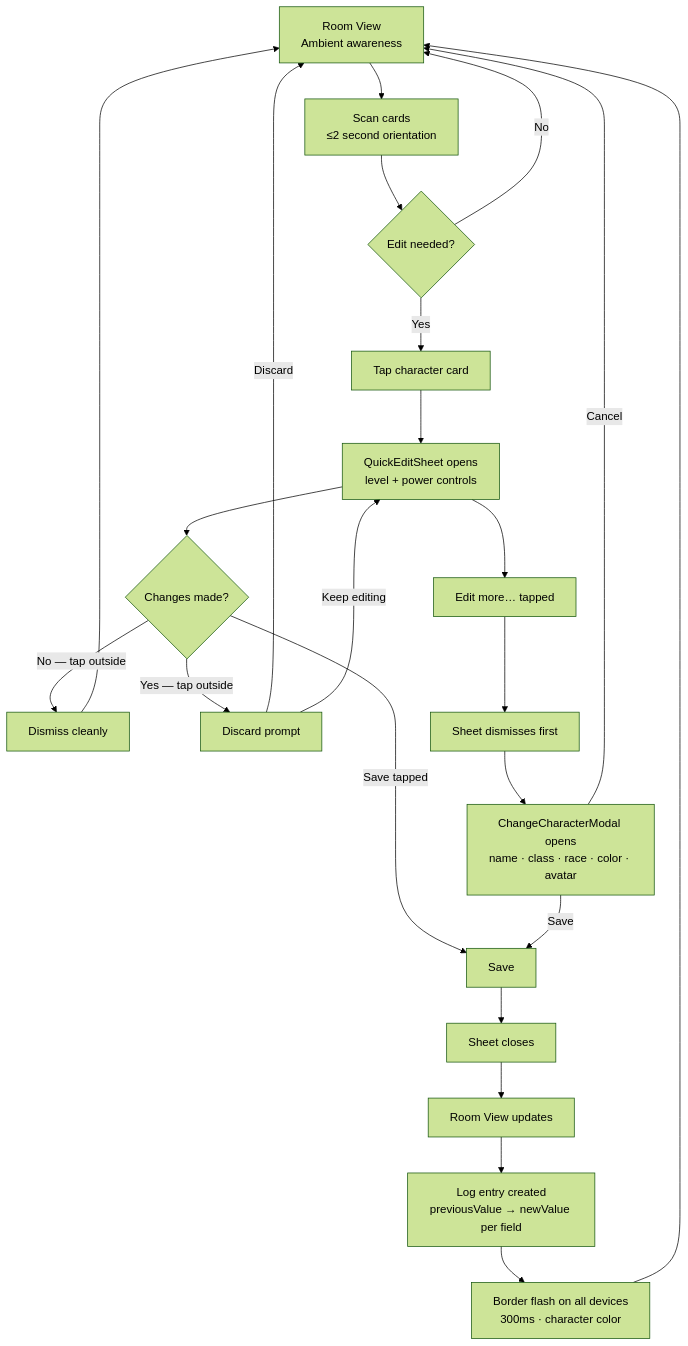
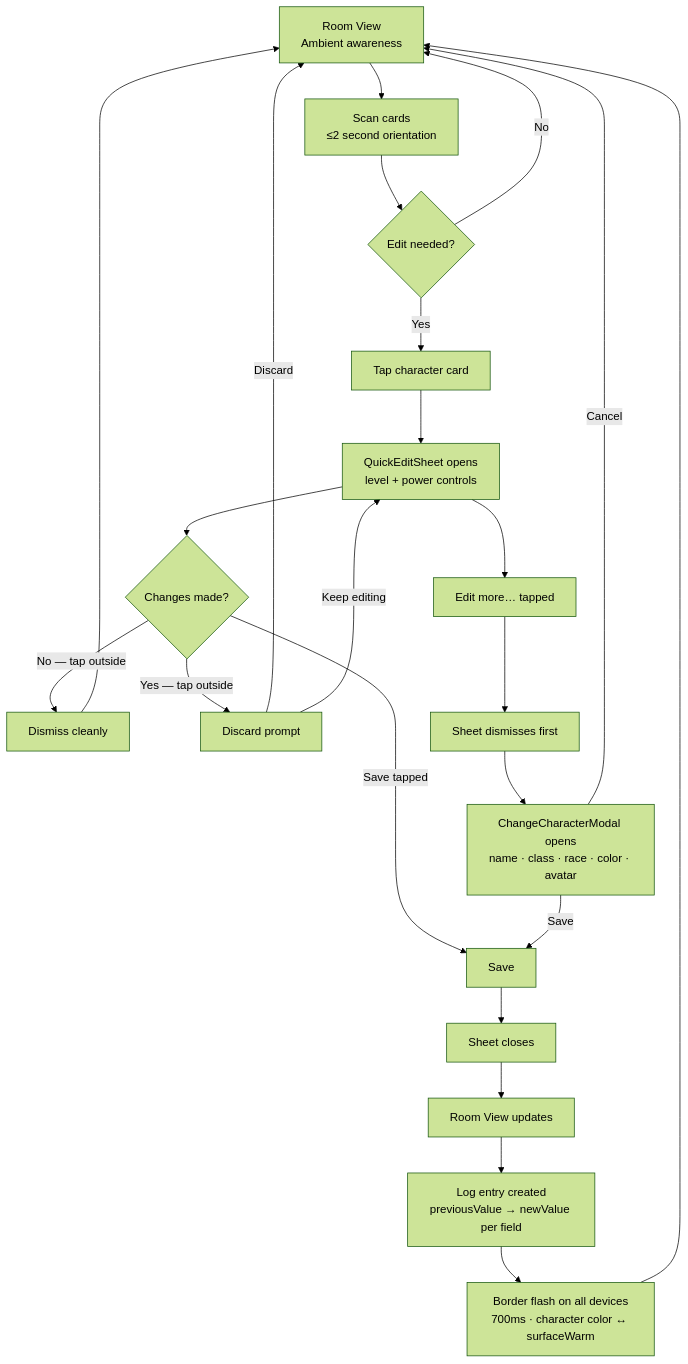
Before and after one commit to REW1L/munch-helper: the third of 4 diagrams in _bmad-output/planning-artifacts/ux-design-specification/10-user-journey-flows.md, drawn with Mermaid (forest theme). The commit also changed 21 other files, not shown here.

First line of the commit message:
Implement Story 3.8 — realtime update flash on character cards (#11)

````diff
--- a/_bmad-output/planning-artifacts/ux-design-specification/10-user-journey-flows.md
+++ b/_bmad-output/planning-artifacts/ux-design-specification/10-user-journey-flows.md
@@ -60,25 +60,25 @@
 ```mermaid
 flowchart TD
     A[Room View\nAmbient awareness] --> B[Scan cards\n≤2 second orientation]
     B --> C{Edit needed?}
     C -->|No| A
     C -->|Yes| D[Tap character card]
     D --> E[QuickEditSheet opens\nlevel + power controls]
     E --> F{Changes made?}
     F -->|No — tap outside| G[Dismiss cleanly]
     G --> A
     F -->|Yes — tap outside| H[Discard prompt]
     H -->|Discard| A
     H -->|Keep editing| E
     F -->|Save tapped| I[Save]
     I --> J[Sheet closes]
     J --> K[Room View updates]
     K --> L[Log entry created\npreviousValue → newValue per field]
-    L --> M[Border flash on all devices\n300ms · character color]
+    L --> M[Border flash on all devices\n700ms · character color ↔ surfaceWarm]
     M --> A
     E --> N[Edit more… tapped]
     N --> O[Sheet dismisses first]
     O --> P[ChangeCharacterModal opens\nname · class · race · color · avatar]
     P -->|Save| I
     P -->|Cancel| A
 ```
````
